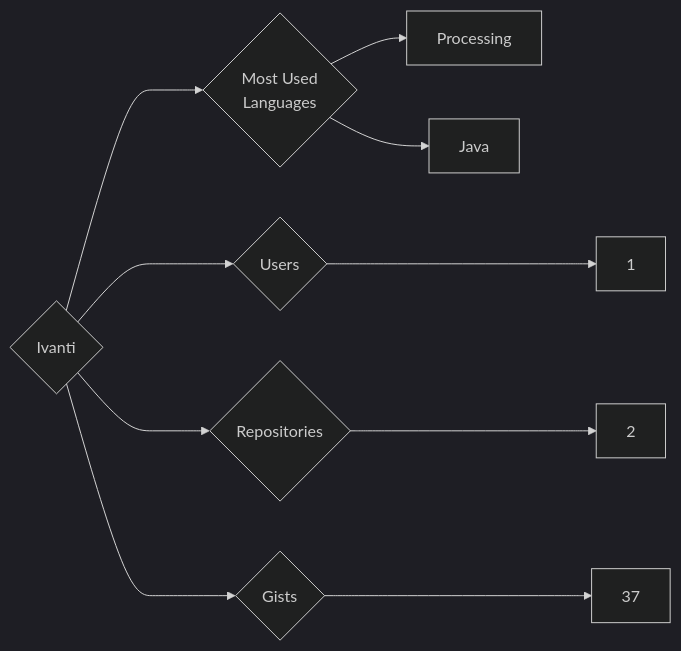
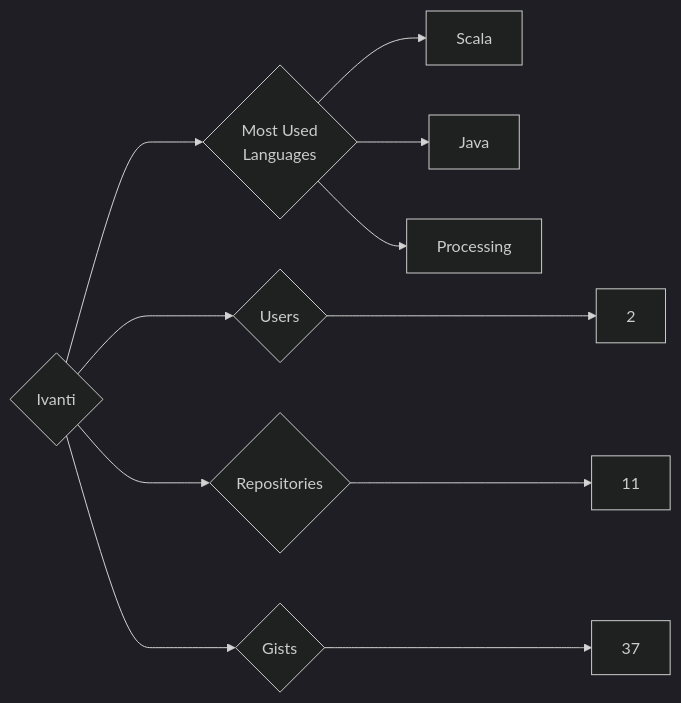
One commit to trickest/insiders changed the diagram in targets/Ivanti/README.md. Above: the diagram before and after it, drawn with Mermaid (dark theme). The commit also changed 1092 other files, not shown here.

````diff
--- a/targets/Ivanti/README.md
+++ b/targets/Ivanti/README.md
@@ -3,10 +3,11 @@
 ```mermaid
 graph LR
 COMPANY_NAME{Ivanti}
-COMPANY_NAME ---> U{Users} ---> UN[1]
-COMPANY_NAME ---> R{Repositories} ---> RN[2]
+COMPANY_NAME ---> U{Users} ---> UN[2]
+COMPANY_NAME ---> R{Repositories} ---> RN[11]
 COMPANY_NAME ---> G{Gists} ---> GN[37]
 COMPANY_NAME ---> ML{Most Used<br>Languages}
+ML --> Scala[Scala]
+ML --> Java[Java]
 ML --> Processing[Processing]
-ML --> Java[Java]
 ```
````
